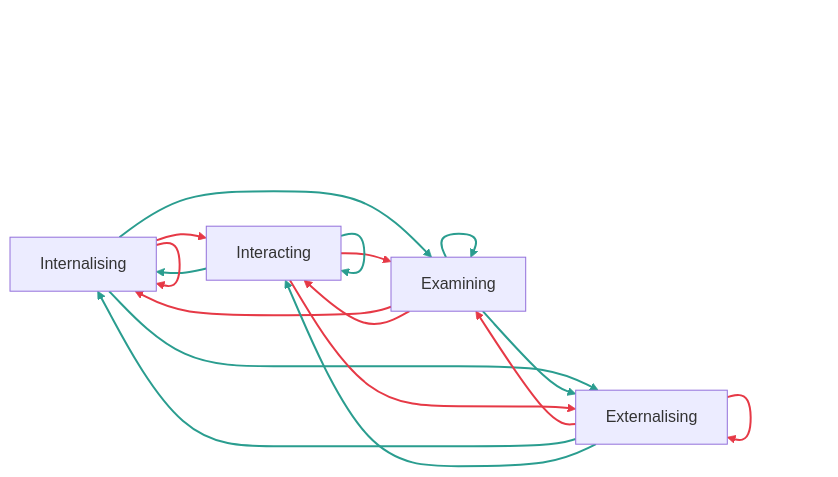
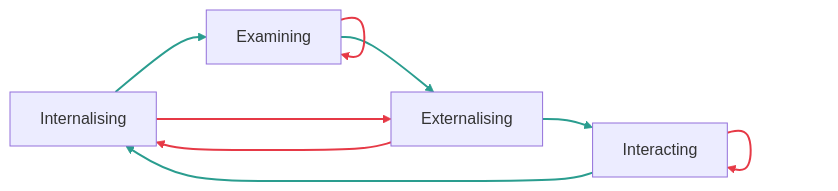
The second of 4 diagrams in reference.md (petermarshallio/uriam), drawn with Mermaid before and after one commit. The commit also changed other lines of this file and 6 other files, not shown here.

````diff
--- a/reference.md
+++ b/reference.md
@@ -113,41 +114,25 @@
 ```mermaid
 graph LR
     A["Internalising"]
     B["Examining"]
     C["Externalising"]
     D["Interacting"]
 
-    A --> A
-    A --> D
     A --> B
     A --> C
-    B --> A
-    B --> D
     B --> B
     B --> C
-    C --> B
-    C --> C
     C --> A
     C --> D
-    D --> B
-    D --> C
     D --> A
     D --> D
 
-    linkStyle 0 stroke:#e63946,stroke-width:2px
+    linkStyle 0 stroke:#2a9d8f,stroke-width:2px
     linkStyle 1 stroke:#e63946,stroke-width:2px
-    linkStyle 2 stroke:#2a9d8f,stroke-width:2px
+    linkStyle 2 stroke:#e63946,stroke-width:2px
     linkStyle 3 stroke:#2a9d8f,stroke-width:2px
     linkStyle 4 stroke:#e63946,stroke-width:2px
-    linkStyle 5 stroke:#e63946,stroke-width:2px
+    linkStyle 5 stroke:#2a9d8f,stroke-width:2px
     linkStyle 6 stroke:#2a9d8f,stroke-width:2px
-    linkStyle 7 stroke:#2a9d8f,stroke-width:2px
-    linkStyle 8 stroke:#e63946,stroke-width:2px
-    linkStyle 9 stroke:#e63946,stroke-width:2px
-    linkStyle 10 stroke:#2a9d8f,stroke-width:2px
-    linkStyle 11 stroke:#2a9d8f,stroke-width:2px
-    linkStyle 12 stroke:#e63946,stroke-width:2px
-    linkStyle 13 stroke:#e63946,stroke-width:2px
-    linkStyle 14 stroke:#2a9d8f,stroke-width:2px
-    linkStyle 15 stroke:#2a9d8f,stroke-width:2px
+    linkStyle 7 stroke:#e63946,stroke-width:2px
 ```
````
